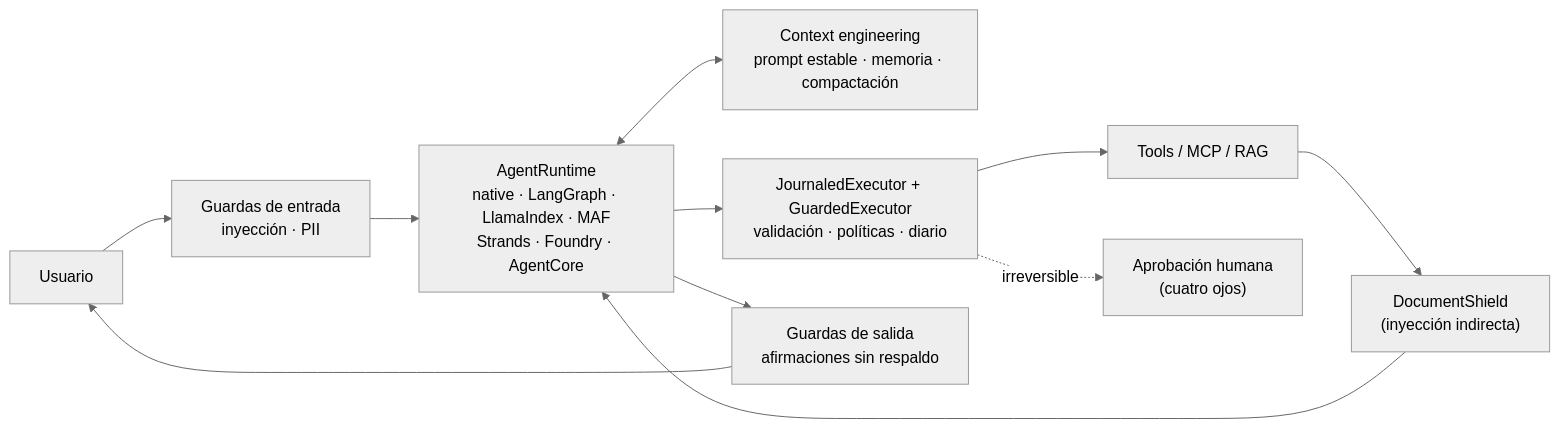
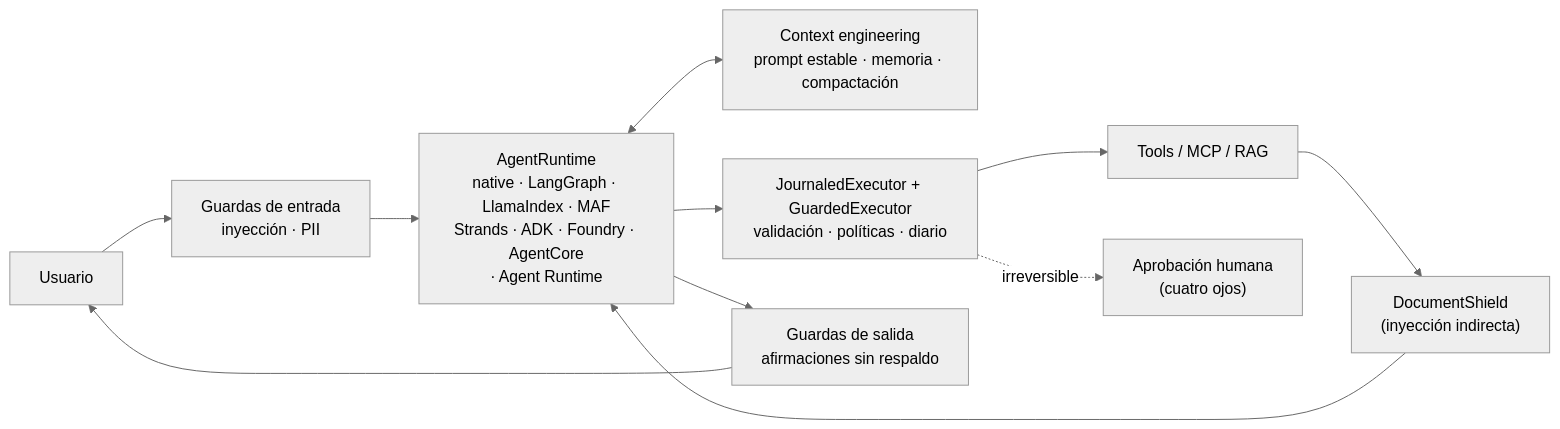
One commit to SergioVelmay/GenAI_PoCs changed the seventh of 13 diagrams in docs/arquitectura.md. Above: the diagram before and after it, drawn with Mermaid (neutral theme). The commit also changed other lines of this file and 7 other files, not shown here.

````diff
--- a/docs/arquitectura.md
+++ b/docs/arquitectura.md
@@ -186,11 +192,11 @@
 ```mermaid
 flowchart LR
   U["Usuario"] --> IN["Guardas de entrada<br/>inyección · PII"]
-  IN --> RT["AgentRuntime<br/>native · LangGraph · LlamaIndex · MAF<br/>Strands · Foundry · AgentCore"]
+  IN --> RT["AgentRuntime<br/>native · LangGraph · LlamaIndex · MAF<br/>Strands · ADK · Foundry · AgentCore<br/>· Agent Runtime"]
   RT <--> CTX["Context engineering<br/>prompt estable · memoria · compactación"]
   RT --> EX["JournaledExecutor + GuardedExecutor<br/>validación · políticas · diario"]
   EX --> TOOLS["Tools / MCP / RAG"]
   TOOLS --> DS["DocumentShield<br/>(inyección indirecta)"] --> RT
   EX -.->|"irreversible"| AP["Aprobación humana<br/>(cuatro ojos)"]
   RT --> OUT["Guardas de salida<br/>afirmaciones sin respaldo"] --> U
 ```
````
